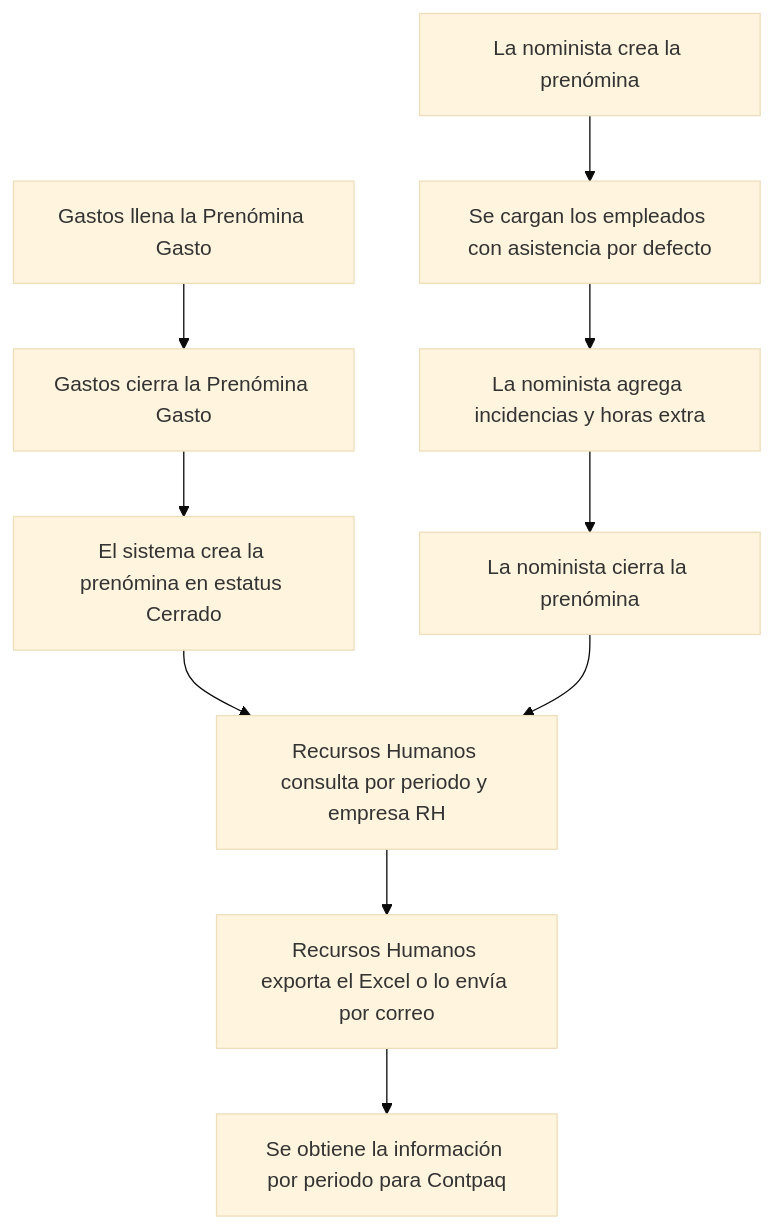
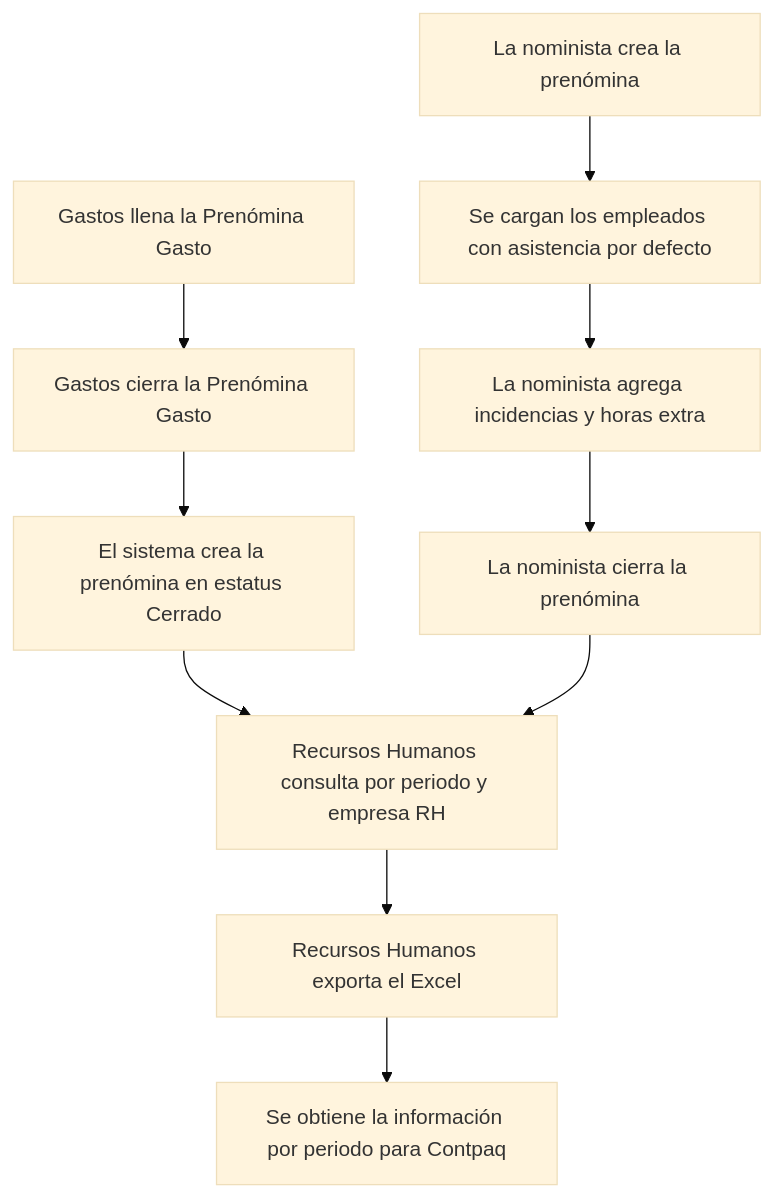
Before and after one commit to solis1408/Business-Suite: the second of 4 diagrams in docs/Proyectos/iNN/Control de Asistencias/Requerimientos-Funcionales-Control-de-Asistencia-Analisis-de-Negocio.md, drawn with Mermaid (base theme). The commit also changed other lines of this file, not shown here.

````diff
--- a/docs/Proyectos/iNN/Control de Asistencias/Requerimientos-Funcionales-Control-de-Asistencia-Analisis-de-Negocio.md
+++ b/docs/Proyectos/iNN/Control de Asistencias/Requerimientos-Funcionales-Control-de-Asistencia-Analisis-de-Negocio.md
@@ -185,12 +184,12 @@
 ```mermaid
 flowchart TD
     A[Gastos llena la Prenómina Gasto] --> B[Gastos cierra la Prenómina Gasto]
     B --> C[El sistema crea la prenómina en estatus Cerrado]
     D[La nominista crea la prenómina] --> E[Se cargan los empleados con asistencia por defecto]
     E --> F[La nominista agrega incidencias y horas extra]
     F --> G[La nominista cierra la prenómina]
     C --> H[Recursos Humanos consulta por periodo y empresa RH]
     G --> H
-    H --> I[Recursos Humanos exporta el Excel o lo envía por correo]
+    H --> I[Recursos Humanos exporta el Excel]
     I --> J[Se obtiene la información por periodo para Contpaq]
 ```
````
